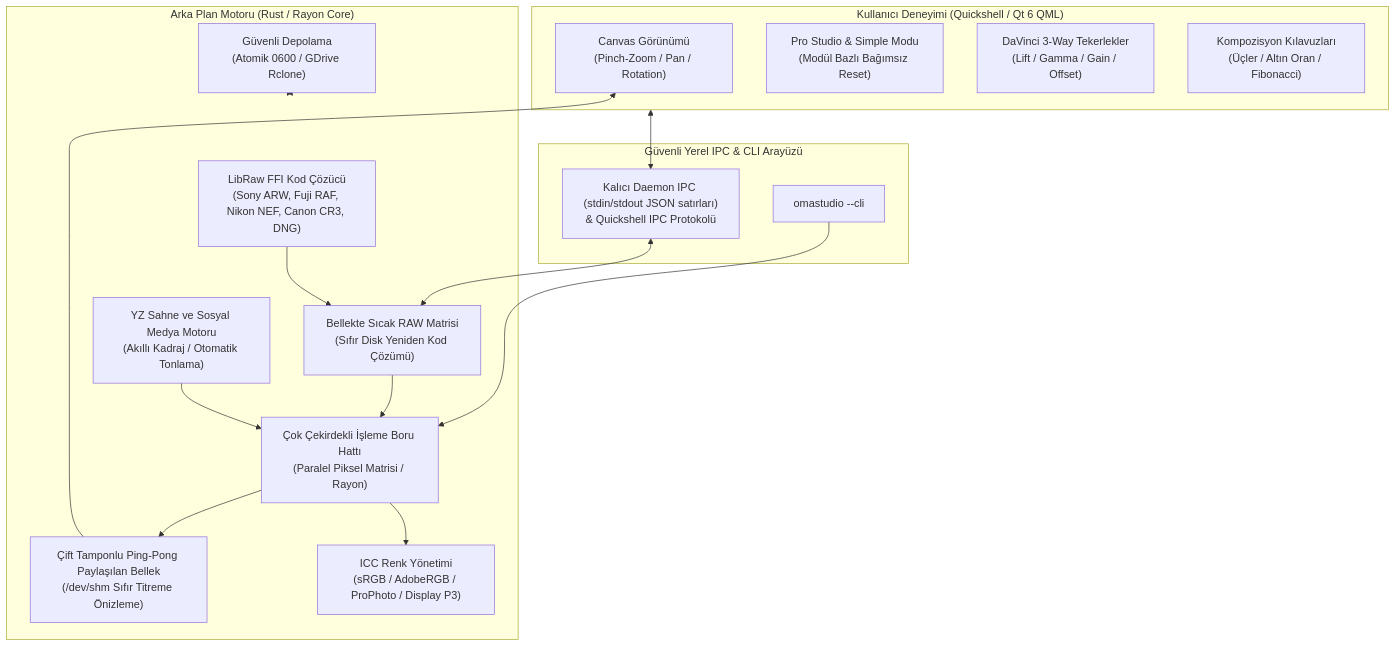
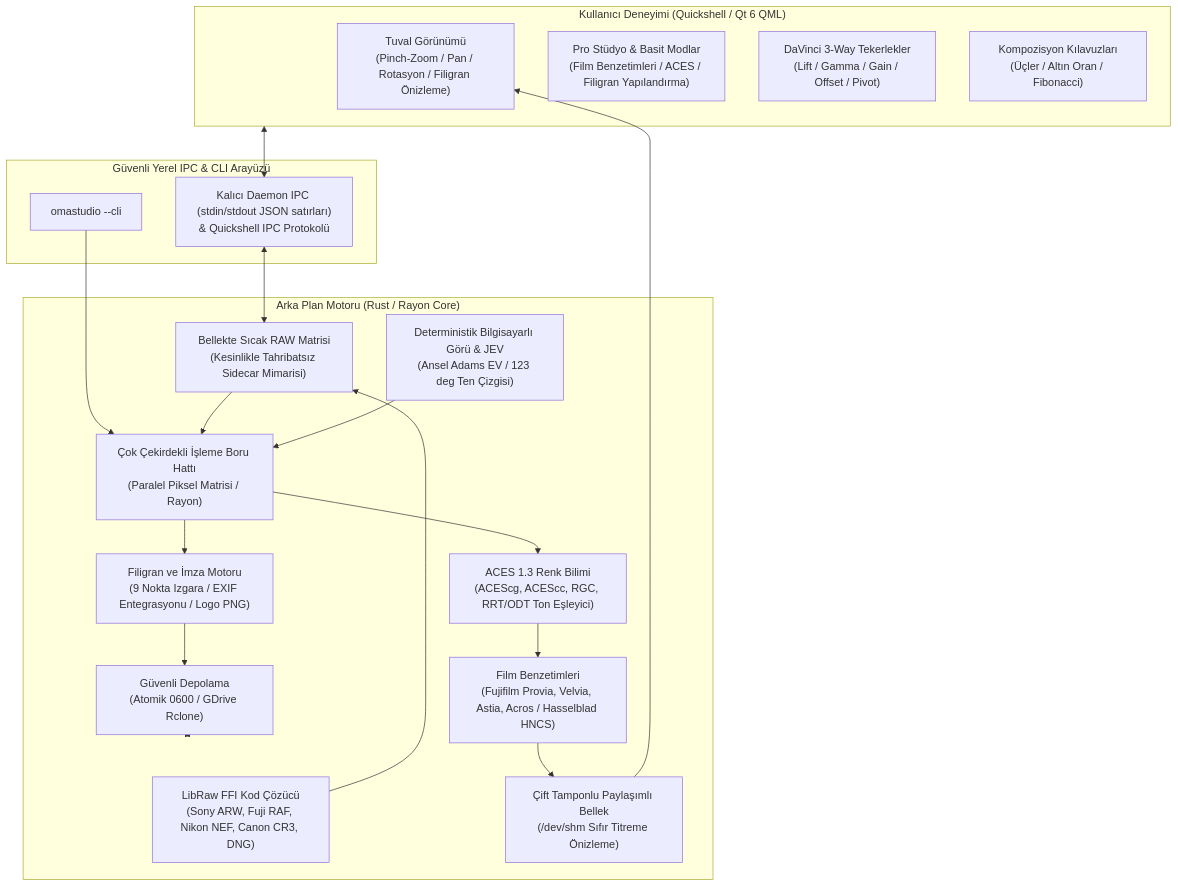
The first of 2 diagrams in README.tr.md (ozdil/omarchy-omastudio), drawn with Mermaid before and after one commit. The commit also changed other lines of this file and 21 other files, not shown here.

Commit message:
feat(engine): integrate ACES 1.3, film simulations, watermarking, and offline AI pipeline

````diff
--- a/README.tr.md
+++ b/README.tr.md
@@ -25,35 +27,40 @@
 ```mermaid
 graph TD
     subgraph UI [" Kullanıcı Deneyimi (Quickshell / Qt 6 QML)"]
-        Viewport["Canvas Görünümü<br/>(Pinch-Zoom / Pan / Rotation)"]
-        Inspector["Pro Studio & Simple Modu<br/>(Modül Bazlı Bağımsız Reset)"]
-        Wheels["DaVinci 3-Way Tekerlekler<br/>(Lift / Gamma / Gain / Offset)"]
+        Viewport["Tuval Görünümü<br/>(Pinch-Zoom / Pan / Rotasyon / Filigran Önizleme)"]
+        Inspector["Pro Stüdyo & Basit Modlar<br/>(Film Benzetimleri / ACES / Filigran Yapılandırma)"]
+        Wheels["DaVinci 3-Way Tekerlekler<br/>(Lift / Gamma / Gain / Offset / Pivot)"]
         CropTool["Kompozisyon Kılavuzları<br/>(Üçler / Altın Oran / Fibonacci)"]
     end
 
     subgraph IPC [" Güvenli Yerel IPC & CLI Arayüzü"]
         CLI["omastudio --cli"]
         Sock["Kalıcı Daemon IPC (stdin/stdout JSON satırları)<br/>& Quickshell IPC Protokolü"]
     end
 
     subgraph Engine [" Arka Plan Motoru (Rust / Rayon Core)"]
         Decoders["LibRaw FFI Kod Çözücü<br/>(Sony ARW, Fuji RAF, Nikon NEF, Canon CR3, DNG)"]
-        RAMCache["Bellekte Sıcak RAW Matrisi<br/>(Sıfır Disk Yeniden Kod Çözümü)"]
+        RAMCache["Bellekte Sıcak RAW Matrisi<br/>(Kesinlikle Tahribatsız Sidecar Mimarisi)"]
         Pipeline["Çok Çekirdekli İşleme Boru Hattı<br/>(Paralel Piksel Matrisi / Rayon)"]
-        ShmPingPong["Çift Tamponlu Ping-Pong Paylaşılan Bellek<br/>(/dev/shm Sıfır Titreme Önizleme)"]
-        ColorEngine["ICC Renk Yönetimi<br/>(sRGB / AdobeRGB / ProPhoto / Display P3)"]
-        AIEngine["YZ Sahne ve Sosyal Medya Motoru<br/>(Akıllı Kadraj / Otomatik Tonlama)"]
+        ACES["ACES 1.3 Renk Bilimi<br/>(ACEScg, ACEScc, RGC, RRT/ODT Ton Eşleyici)"]
+        FilmSim["Film Benzetimleri<br/>(Fujifilm Provia, Velvia, Astia, Acros / Hasselblad HNCS)"]
+        WatermarkEngine["Filigran ve İmza Motoru<br/>(9 Nokta Izgara / EXIF Entegrasyonu / Logo PNG)"]
+        ShmPingPong["Çift Tamponlu Paylaşımlı Bellek<br/>(/dev/shm Sıfır Titreme Önizleme)"]
+        AIEngine["Deterministik Bilgisayarlı Görü & JEV<br/>(Ansel Adams EV / 123 deg Ten Çizgisi)"]
         Storage["Güvenli Depolama<br/>(Atomik 0600 / GDrive Rclone)"]
     end
 
     UI <--> Sock
     CLI --> Pipeline
     Sock <--> RAMCache
     Decoders --> RAMCache
     RAMCache --> Pipeline
-    Pipeline --> ShmPingPong
+    Pipeline --> ACES
+    ACES --> FilmSim
+    FilmSim --> ShmPingPong
     ShmPingPong --> Viewport
-    Pipeline --> ColorEngine
     AIEngine --> Pipeline
+    Pipeline --> WatermarkEngine
+    WatermarkEngine --> Storage
     Storage <--> Engine
 ```
````
